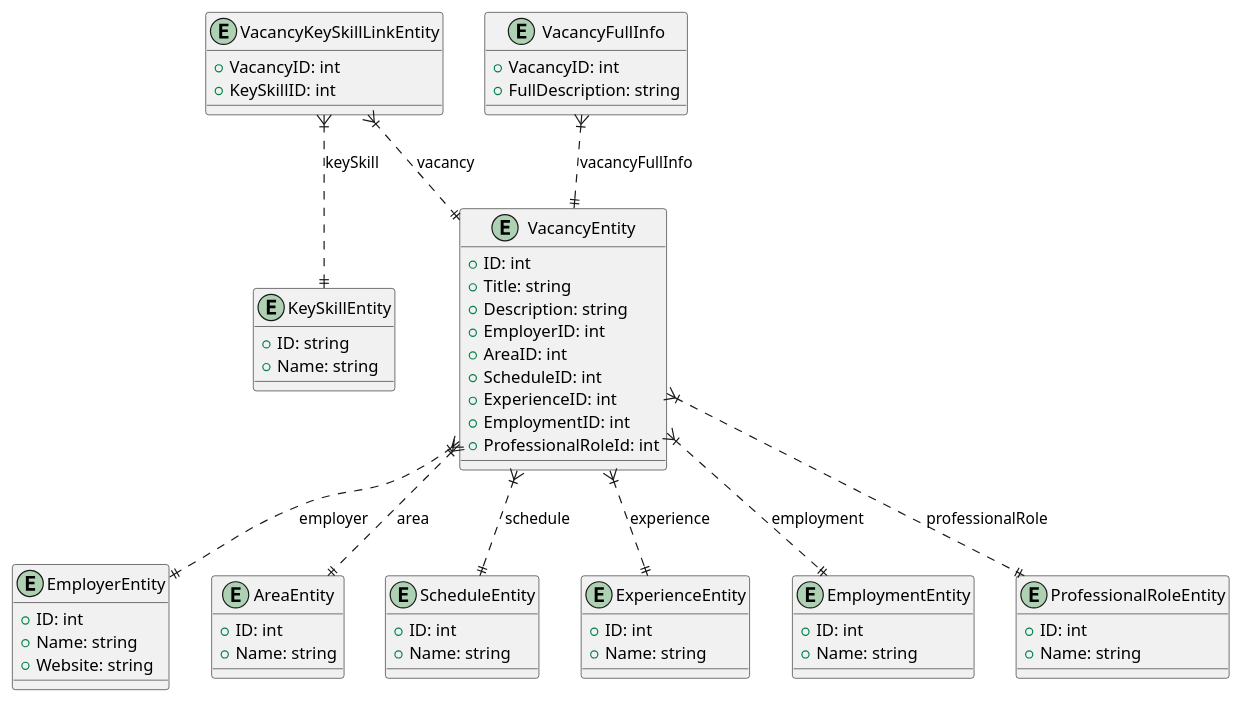
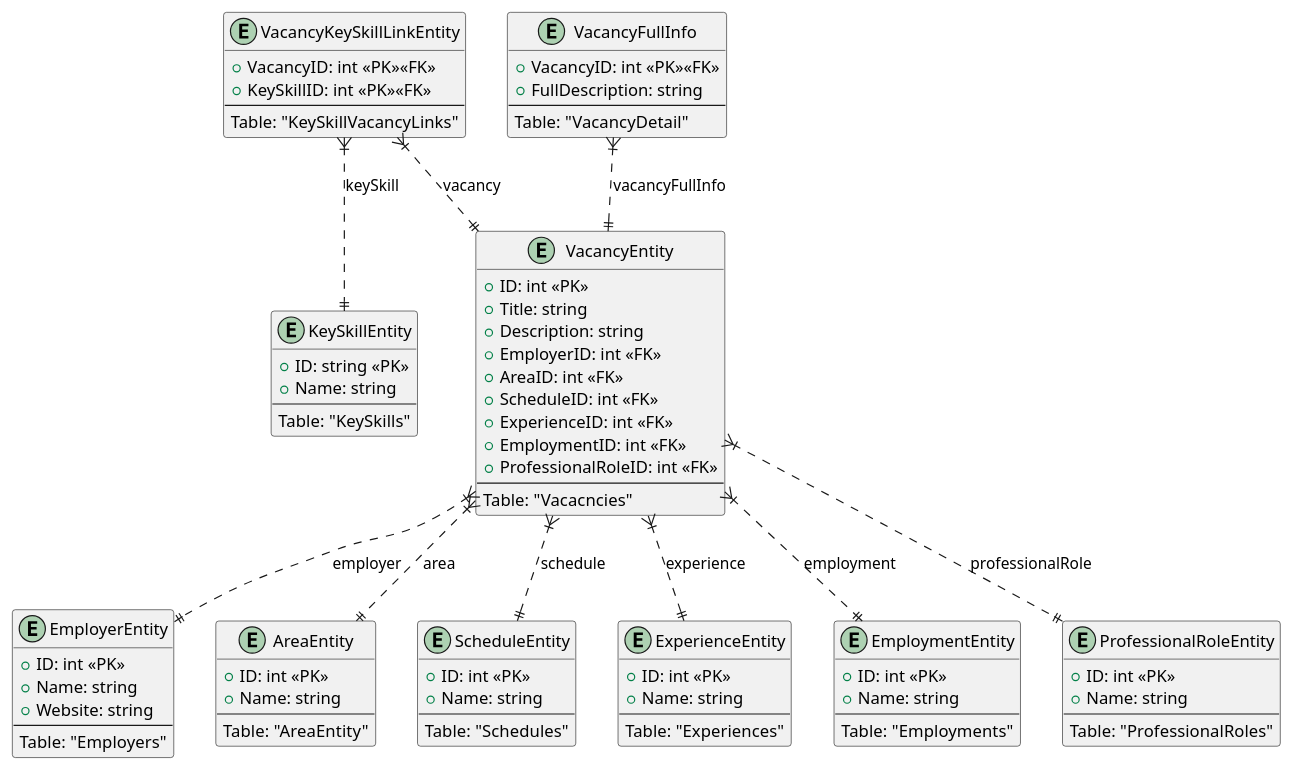
The diagram in HHVacancyAnalyzer/StaticAnalyze/models/db/db.puml (AzerQ/HHVacancyAgregate), drawn with PlantUML before and after one commit.

Commit message:
Add tables names in scheme

```diff
--- a/HHVacancyAnalyzer/StaticAnalyze/models/db/db.puml
+++ b/HHVacancyAnalyzer/StaticAnalyze/models/db/db.puml
@@ -1,72 +1,92 @@
 @startuml Database
 entity VacancyEntity {
-    +ID: int
+    +ID: int <<PK>>
     +Title: string
     +Description: string
-    +EmployerID: int
-    +AreaID: int
-    +ScheduleID: int
-    +ExperienceID: int
-    +EmploymentID: int
-    +ProfessionalRoleId: int
+    +EmployerID: int <<FK>>
+    +AreaID: int <<FK>>
+    +ScheduleID: int <<FK>>
+    +ExperienceID: int <<FK>>
+    +EmploymentID: int <<FK>>
+    +ProfessionalRoleID: int <<FK>>
+    --
+    Table: "Vacacncies"
 }
 
 entity EmployerEntity {
-    +ID: int
+    +ID: int <<PK>>
     +Name: string
     +Website: string
+    --
+    Table: "Employers"
 }
 
 entity AreaEntity {
-    +ID: int
+    +ID: int <<PK>>
     +Name: string
+    --
+    Table: "AreaEntity"
 }
 
 entity ScheduleEntity {
-    +ID: int
+    +ID: int <<PK>>
     +Name: string
+    --
+    Table: "Schedules"
 }
 
 entity ExperienceEntity {
-    +ID: int
+    +ID: int <<PK>>
     +Name: string
+    --
+    Table: "Experiences"
 }
 
 entity EmploymentEntity {
-    +ID: int
+    +ID: int <<PK>>
     +Name: string
+    --
+    Table: "Employments"
 }
 
 entity KeySkillEntity {
-    +ID: string
+    +ID: string <<PK>>
     +Name: string
+    --
+    Table: "KeySkills"
 }
 
 entity VacancyKeySkillLinkEntity {
-    +VacancyID: int
-    +KeySkillID: int
+    +VacancyID: int <<PK>><<FK>>
+    +KeySkillID: int <<PK>><<FK>>
+    --
+    Table: "KeySkillVacancyLinks"
 }
 
 entity ProfessionalRoleEntity {
-    +ID: int
+    +ID: int <<PK>>
     +Name: string
+    --
+    Table: "ProfessionalRoles"
 }
 
 entity VacancyFullInfo {
-    +VacancyID: int
+    +VacancyID: int <<PK>><<FK>>
     +FullDescription: string
+    --
+    Table: "VacancyDetail"
 }
 
 VacancyEntity }|..|| EmployerEntity : "employer"
 VacancyEntity }|..|| AreaEntity : "area"
 VacancyEntity }|..|| ScheduleEntity : "schedule"
 VacancyEntity }|..|| ExperienceEntity : "experience"
 VacancyEntity }|..|| EmploymentEntity : "employment"
 VacancyEntity }|..|| ProfessionalRoleEntity : "professionalRole"
 
 VacancyKeySkillLinkEntity }|..|| VacancyEntity : "vacancy"
 VacancyKeySkillLinkEntity }|..|| KeySkillEntity : "keySkill"
 
 VacancyFullInfo }|..|| VacancyEntity : "vacancyFullInfo"
 
 @enduml
```
